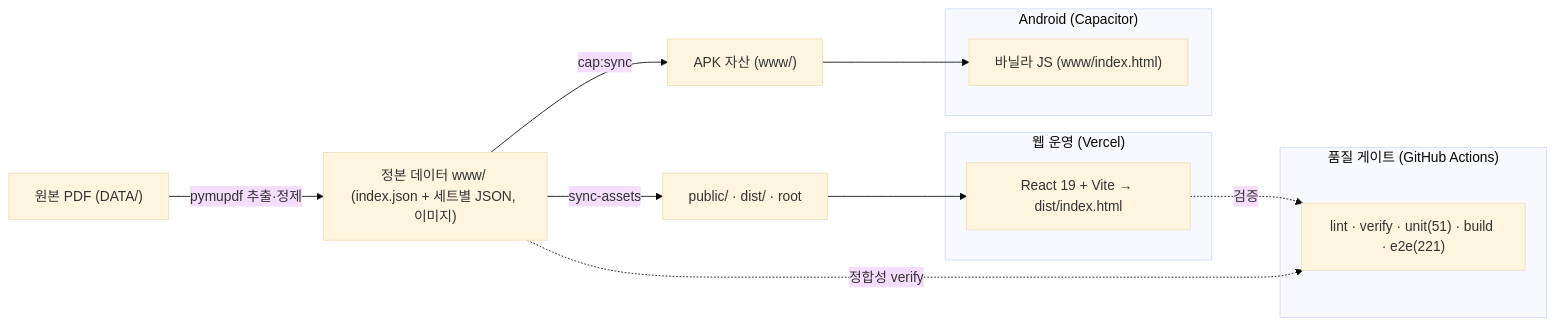
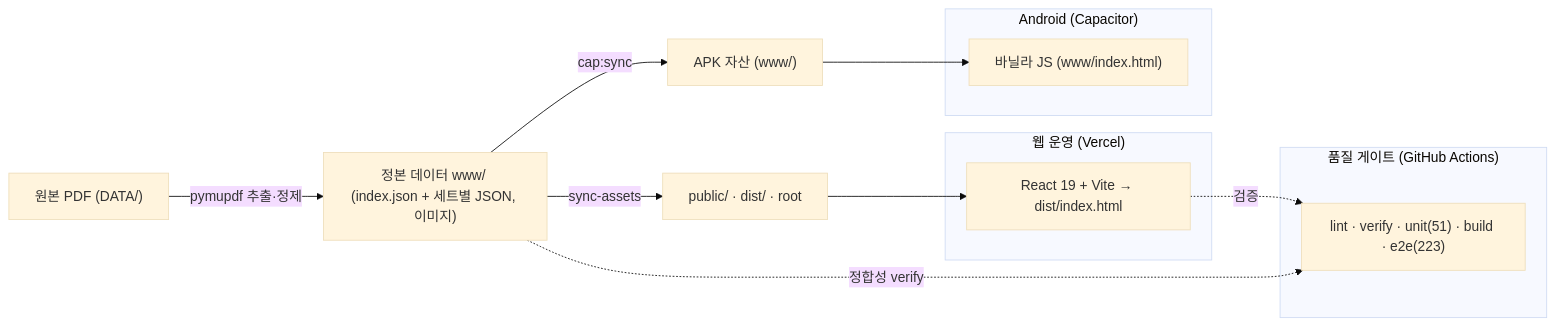
Before and after one commit to WindowHyun/ISTQB: the diagram in README.md, drawn with Mermaid (base theme). The commit also changed other lines of this file and 4 other files, not shown here.

````diff
--- a/README.md
+++ b/README.md
@@ -162,21 +163,21 @@
 ```mermaid
 flowchart LR
   PDF["원본 PDF (DATA/)"] -->|pymupdf 추출·정제| SRC["정본 데이터 www/ (index.json + 세트별 JSON, 이미지)"]
   SRC -->|sync-assets| PUB["public/ · dist/ · root"]
   SRC -->|cap:sync| WWW["APK 자산 (www/)"]
 
   subgraph 웹_운영["웹 운영 (Vercel)"]
     REACT["React 19 + Vite → dist/index.html"]
   end
   subgraph APK["Android (Capacitor)"]
     VANILLA["바닐라 JS (www/index.html)"]
   end
   PUB --> REACT
   WWW --> VANILLA
 
   subgraph 품질["품질 게이트 (GitHub Actions)"]
-    CI["lint · verify · unit(51) · build · e2e(221)"]
+    CI["lint · verify · unit(51) · build · e2e(223)"]
   end
   REACT -.검증.-> CI
   SRC -.정합성 verify.-> CI
 ```
````
